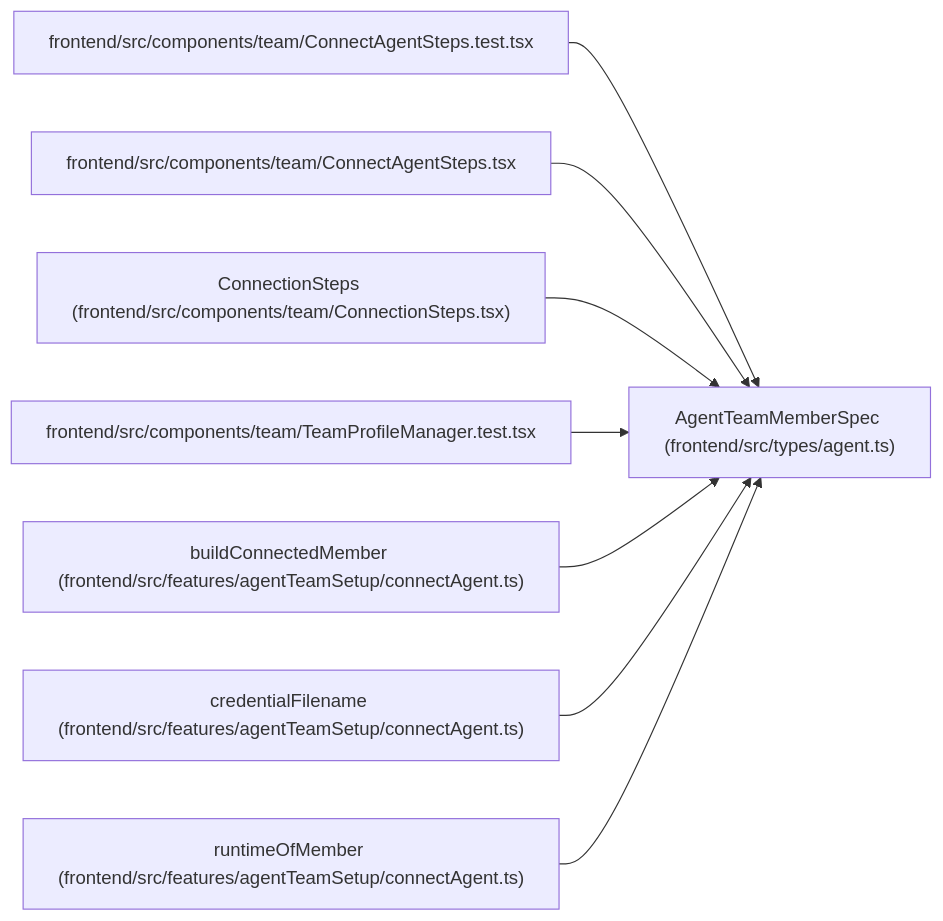
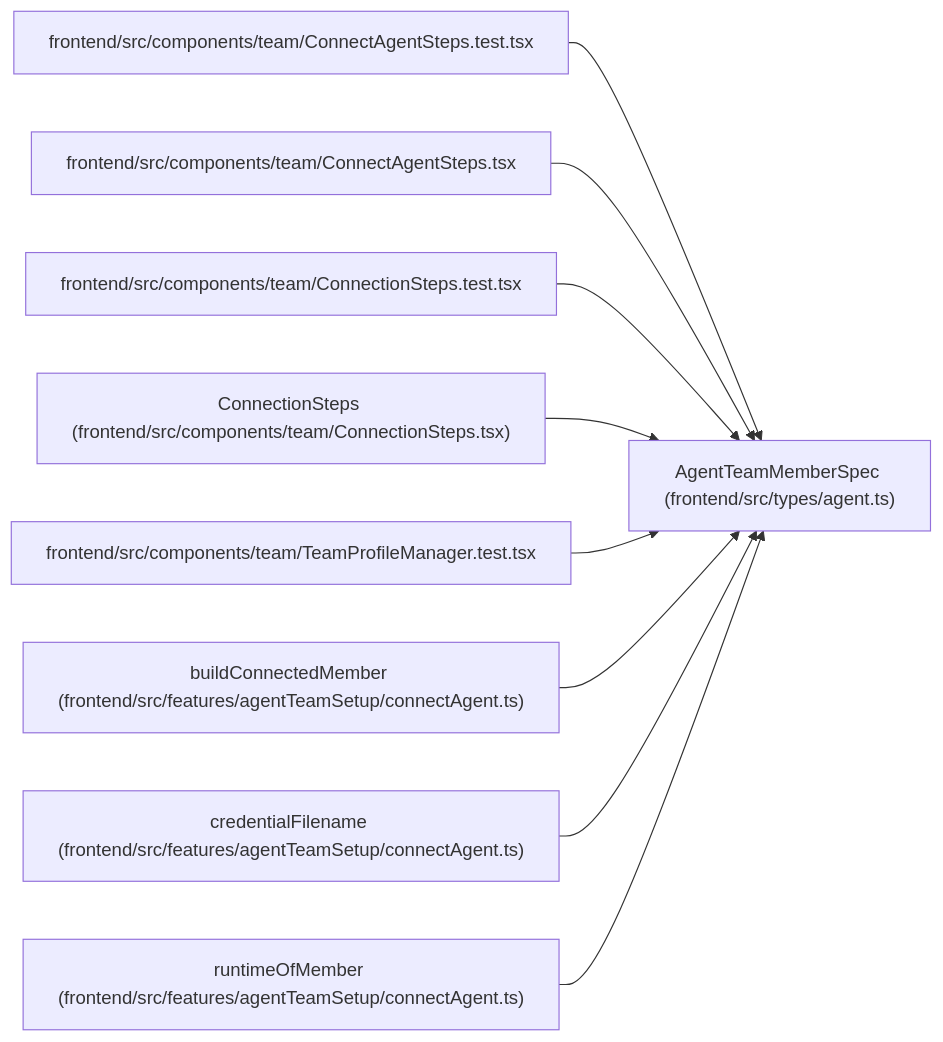
One commit to Denissvgn/WorkChord changed the diagram in docs/llm_wiki/entities/types_agent_AgentTeamMemberSpec.md. Above: the diagram before and after it, drawn with Mermaid. The commit also changed other lines of this file and 722 other files, not shown here.

Commit message:
Sync the architectural wiki for the onboarding runtime instance

````diff
--- a/docs/llm_wiki/entities/types_agent_AgentTeamMemberSpec.md
+++ b/docs/llm_wiki/entities/types_agent_AgentTeamMemberSpec.md
@@ -37,26 +37,29 @@
 ```mermaid
 flowchart LR
     n0["AgentTeamMemberSpec (frontend/src/types/agent.ts)"]
     n1["frontend/src/components/team/ConnectAgentSteps.test.tsx"]
     n2["frontend/src/components/team/ConnectAgentSteps.tsx"]
-    n3["ConnectionSteps (frontend/src/components/team/ConnectionSteps.tsx)"]
-    n4["frontend/src/components/team/TeamProfileManager.test.tsx"]
-    n5["buildConnectedMember (frontend/src/features/agentTeamSetup/connectAgent.ts)"]
-    n6["credentialFilename (frontend/src/features/agentTeamSetup/connectAgent.ts)"]
-    n7["runtimeOfMember (frontend/src/features/agentTeamSetup/connectAgent.ts)"]
+    n3["frontend/src/components/team/ConnectionSteps.test.tsx"]
+    n4["ConnectionSteps (frontend/src/components/team/ConnectionSteps.tsx)"]
+    n5["frontend/src/components/team/TeamProfileManager.test.tsx"]
+    n6["buildConnectedMember (frontend/src/features/agentTeamSetup/connectAgent.ts)"]
+    n7["credentialFilename (frontend/src/features/agentTeamSetup/connectAgent.ts)"]
+    n8["runtimeOfMember (frontend/src/features/agentTeamSetup/connectAgent.ts)"]
     n1 --> n0
     n2 --> n0
     n3 --> n0
     n4 --> n0
     n5 --> n0
     n6 --> n0
     n7 --> n0
+    n8 --> n0
     click n0 "../modules/types_agent.md"
     click n1 "../modules/ConnectAgentSteps.test.md"
     click n2 "../modules/ConnectAgentSteps.md"
-    click n3 "../modules/ConnectionSteps.md"
-    click n4 "../modules/TeamProfileManager.test.md"
-    click n5 "../modules/connectAgent.md"
+    click n3 "../modules/ConnectionSteps.test.md"
+    click n4 "../modules/ConnectionSteps.md"
+    click n5 "../modules/TeamProfileManager.test.md"
     click n6 "../modules/connectAgent.md"
     click n7 "../modules/connectAgent.md"
+    click n8 "../modules/connectAgent.md"
 ```
````
